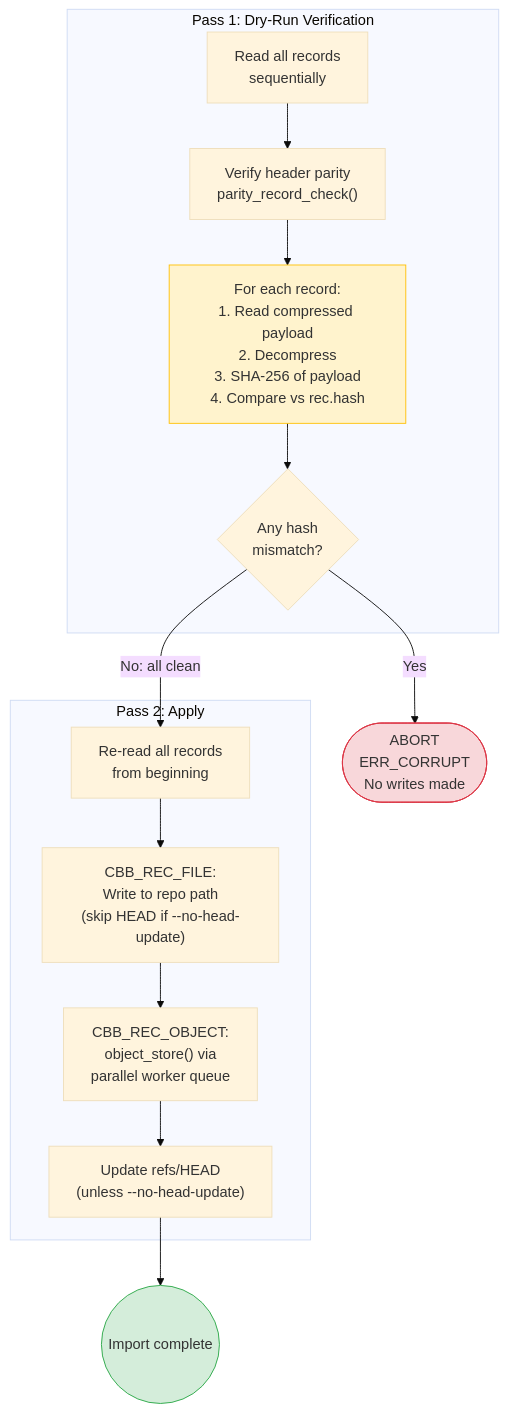
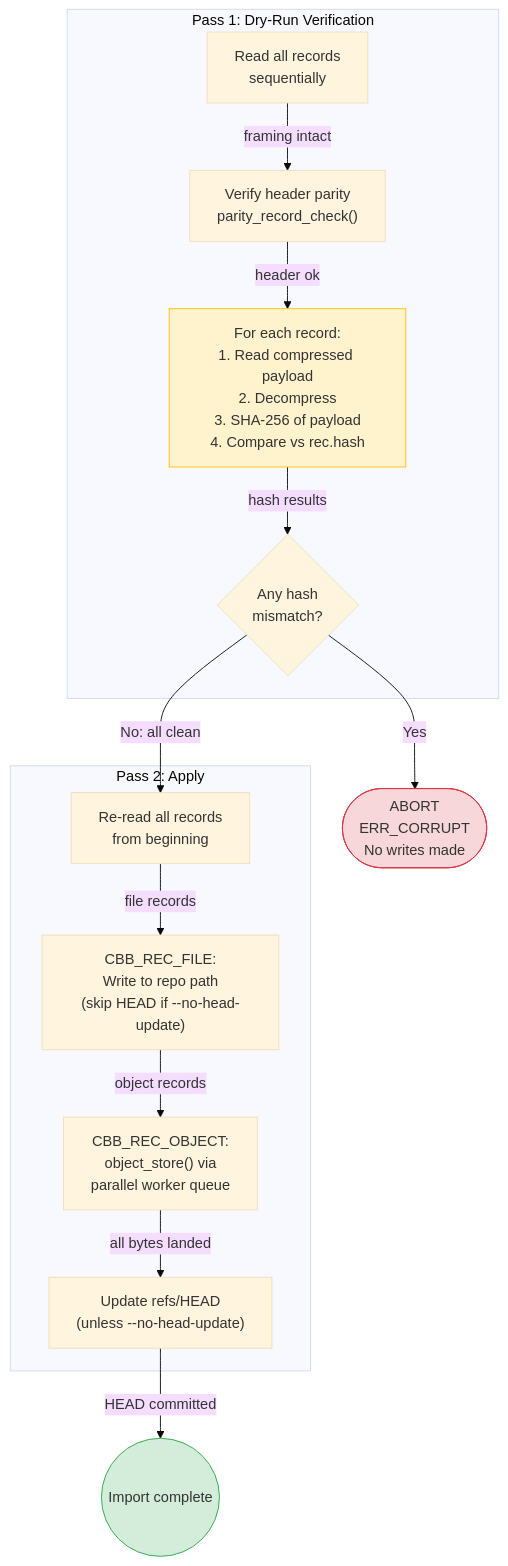
The second of 2 diagrams in diagrams/11-bundle-export-import.md (vifair22/c-backup), drawn with Mermaid (base theme) before and after one commit. The commit also changed other lines of this file and 11 other files, not shown here.

````diff
--- a/diagrams/11-bundle-export-import.md
+++ b/diagrams/11-bundle-export-import.md
@@ -40,27 +40,27 @@
 ```mermaid
 flowchart TD
     subgraph "Pass 1: Dry-Run Verification"
         READ1["Read all records<br/>sequentially"]
         VERIFY_HDR["Verify header parity<br/>parity_record_check()"]
         VERIFY_REC["For each record:<br/>1. Read compressed payload<br/>2. Decompress<br/>3. SHA-256 of payload<br/>4. Compare vs rec.hash"]
         FAIL1{"Any hash<br/>mismatch?"}
     end
 
-    READ1 --> VERIFY_HDR --> VERIFY_REC --> FAIL1
+    READ1 -->|framing intact| VERIFY_HDR -->|header ok| VERIFY_REC -->|hash results| FAIL1
     FAIL1 -- "Yes" --> ABORT(["ABORT<br/>ERR_CORRUPT<br/>No writes made"])
 
     subgraph "Pass 2: Apply"
         READ2["Re-read all records<br/>from beginning"]
         WRITE_FILE["CBB_REC_FILE:<br/>Write to repo path<br/>(skip HEAD if --no-head-update)"]
         WRITE_OBJ["CBB_REC_OBJECT:<br/>object_store() via<br/>parallel worker queue"]
         UPDATE_HEAD["Update refs/HEAD<br/>(unless --no-head-update)"]
     end
 
     FAIL1 -- "No: all clean" --> READ2
-    READ2 --> WRITE_FILE --> WRITE_OBJ --> UPDATE_HEAD
-    UPDATE_HEAD --> DONE(("Import complete"))
+    READ2 -->|file records| WRITE_FILE -->|object records| WRITE_OBJ -->|all bytes landed| UPDATE_HEAD
+    UPDATE_HEAD -->|HEAD committed| DONE(("Import complete"))
 
     style ABORT fill:#f8d7da,stroke:#dc3545
     style DONE fill:#d4edda,stroke:#28a745
     style VERIFY_REC fill:#fff3cd,stroke:#ffc107
 ```
````
